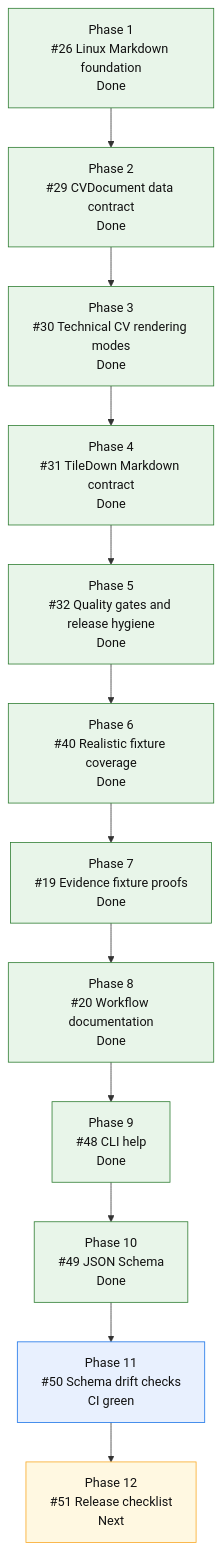
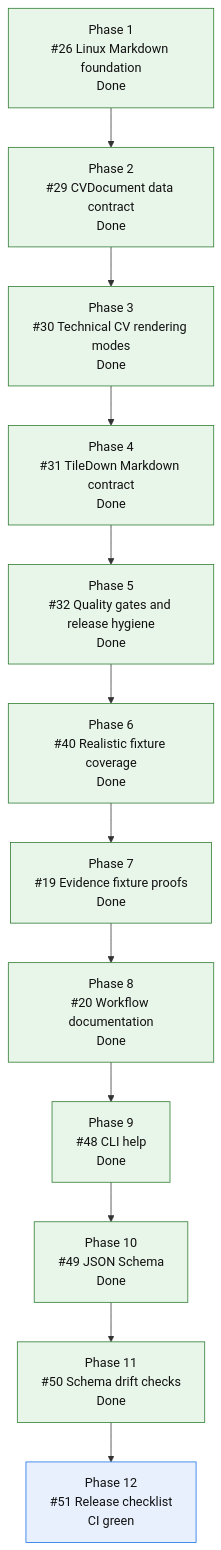
The diagram in README.md (mihaelamj/cvbuilder), drawn with Mermaid before and after one commit. The commit also changed other lines of this file and 3 other files, not shown here.

First line of the commit message:
Add first release checklist

````diff
--- a/README.md
+++ b/README.md
@@ -165,28 +165,27 @@
 ```mermaid
 flowchart TD
     P1["Phase 1<br/>#26 Linux Markdown foundation<br/>Done"]
     P2["Phase 2<br/>#29 CVDocument data contract<br/>Done"]
     P3["Phase 3<br/>#30 Technical CV rendering modes<br/>Done"]
     P4["Phase 4<br/>#31 TileDown Markdown contract<br/>Done"]
     P5["Phase 5<br/>#32 Quality gates and release hygiene<br/>Done"]
     P6["Phase 6<br/>#40 Realistic fixture coverage<br/>Done"]
     P7["Phase 7<br/>#19 Evidence fixture proofs<br/>Done"]
     P8["Phase 8<br/>#20 Workflow documentation<br/>Done"]
     P9["Phase 9<br/>#48 CLI help<br/>Done"]
     P10["Phase 10<br/>#49 JSON Schema<br/>Done"]
-    P11["Phase 11<br/>#50 Schema drift checks<br/>CI green"]
-    P12["Phase 12<br/>#51 Release checklist<br/>Next"]
+    P11["Phase 11<br/>#50 Schema drift checks<br/>Done"]
+    P12["Phase 12<br/>#51 Release checklist<br/>CI green"]
 
     P1 --> P2 --> P3 --> P4 --> P5 --> P6 --> P7 --> P8 --> P9 --> P10 --> P11 --> P12
 
     classDef done fill:#e8f5e9,stroke:#2e7d32,color:#111;
     classDef active fill:#fff3e0,stroke:#ef6c00,color:#111;
     classDef review fill:#e8f0fe,stroke:#1a73e8,color:#111;
     classDef next fill:#fff8e1,stroke:#f9a825,color:#111;
     classDef partial fill:#e0f7fa,stroke:#00838f,color:#111;
     classDef todo fill:#eef3ff,stroke:#3367d6,color:#111;
     class P1,P2,P3,P4 done;
-    class P5,P6,P7,P8,P9,P10 done;
-    class P11 review;
-    class P12 next;
+    class P5,P6,P7,P8,P9,P10,P11 done;
+    class P12 review;
 ```
````
